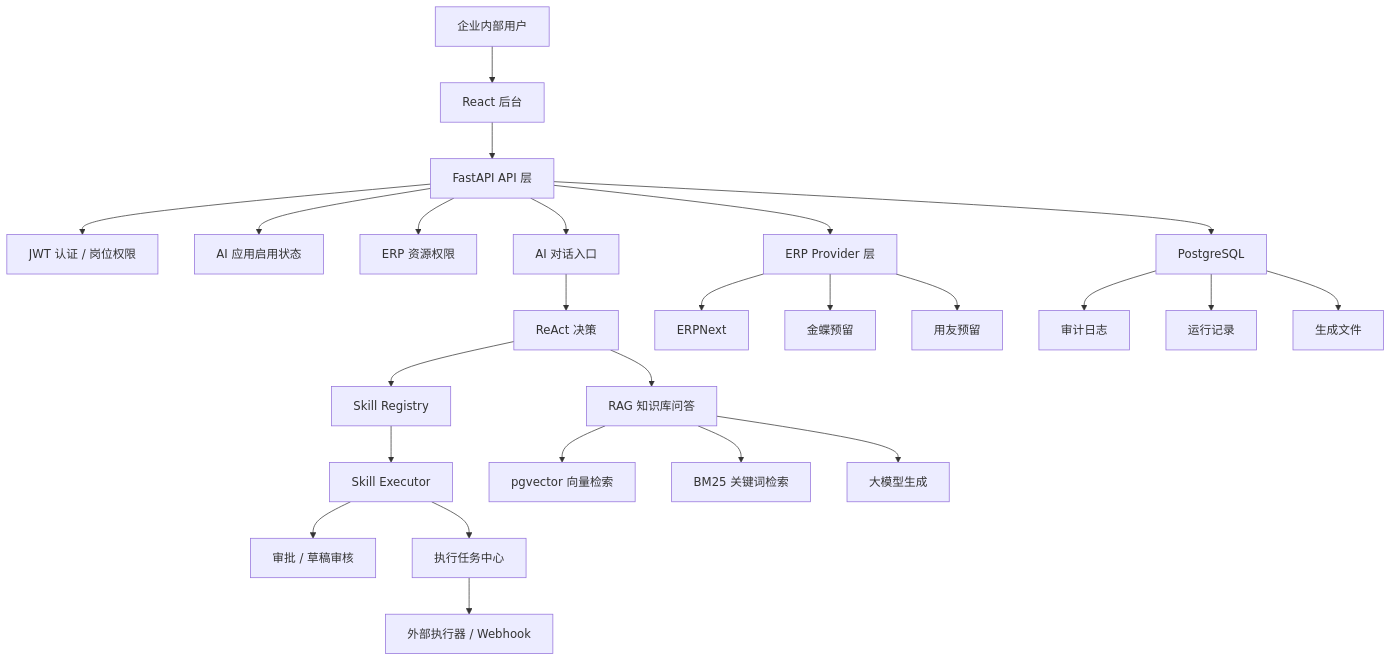
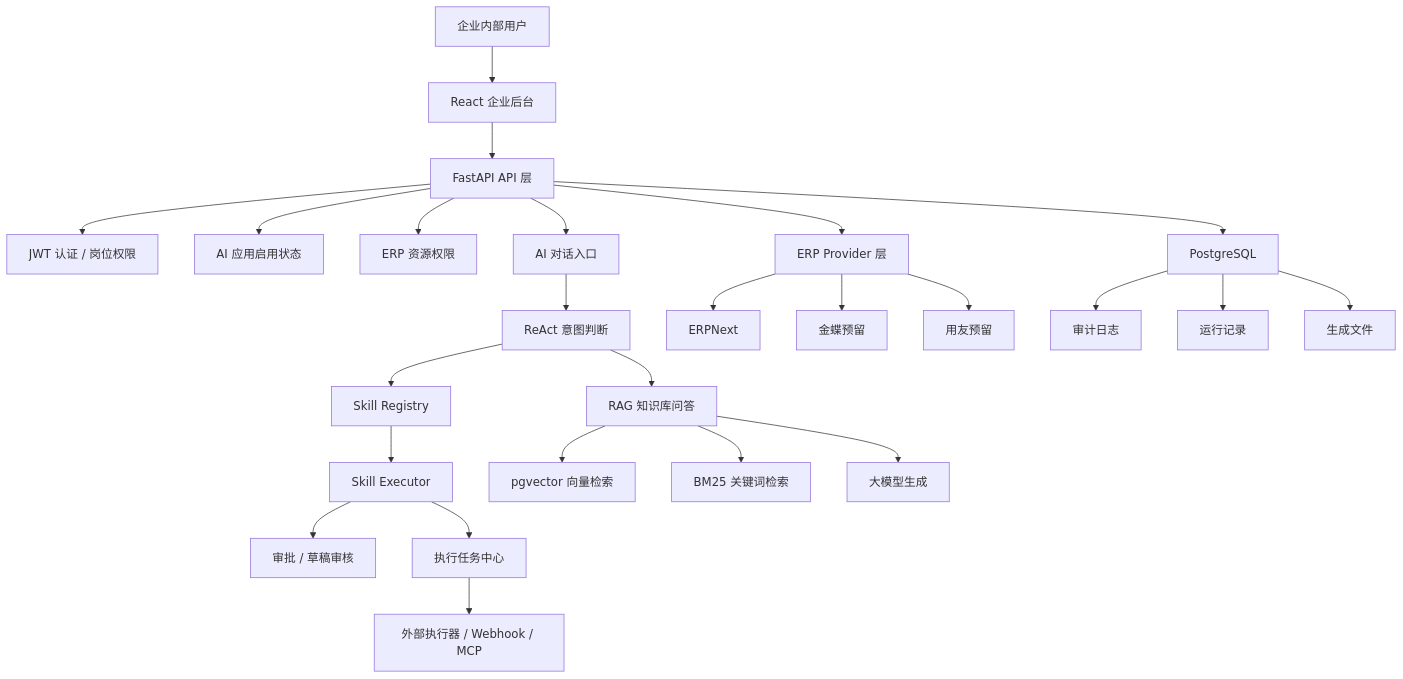
The diagram in README.md (happy11233/AI-automated-back-end-management-system), drawn with Mermaid before and after one commit. The commit also changed other lines of this file and 82 other files, not shown here.

````diff
--- a/README.md
+++ b/README.md
@@ -38,33 +121,33 @@
 ```mermaid
 flowchart TD
-    U["企业内部用户"] --> FE["React 后台"]
+    U["企业内部用户"] --> FE["React 企业后台"]
     FE --> API["FastAPI API 层"]
 
     API --> AUTH["JWT 认证 / 岗位权限"]
     API --> APPPERM["AI 应用启用状态"]
     API --> ERPACL["ERP 资源权限"]
 
     API --> CHAT["AI 对话入口"]
-    CHAT --> REACT["ReAct 决策"]
+    CHAT --> REACT["ReAct 意图判断"]
     REACT --> RAG["RAG 知识库问答"]
     REACT --> SKILL["Skill Registry"]
     SKILL --> EXEC["Skill Executor"]
 
     EXEC --> APPROVAL["审批 / 草稿审核"]
     EXEC --> TASK["执行任务中心"]
-    TASK --> EXT["外部执行器 / Webhook"]
+    TASK --> EXT["外部执行器 / Webhook / MCP"]
 
     API --> ERP["ERP Provider 层"]
     ERP --> ERPNEXT["ERPNext"]
     ERP --> KINGDEE["金蝶预留"]
     ERP --> YONYOU["用友预留"]
 
     RAG --> VECTOR["pgvector 向量检索"]
     RAG --> BM25["BM25 关键词检索"]
     RAG --> LLM["大模型生成"]
 
     API --> DB["PostgreSQL"]
     DB --> AUDIT["审计日志"]
     DB --> RUN["运行记录"]
     DB --> FILES["生成文件"]
 ```
````
